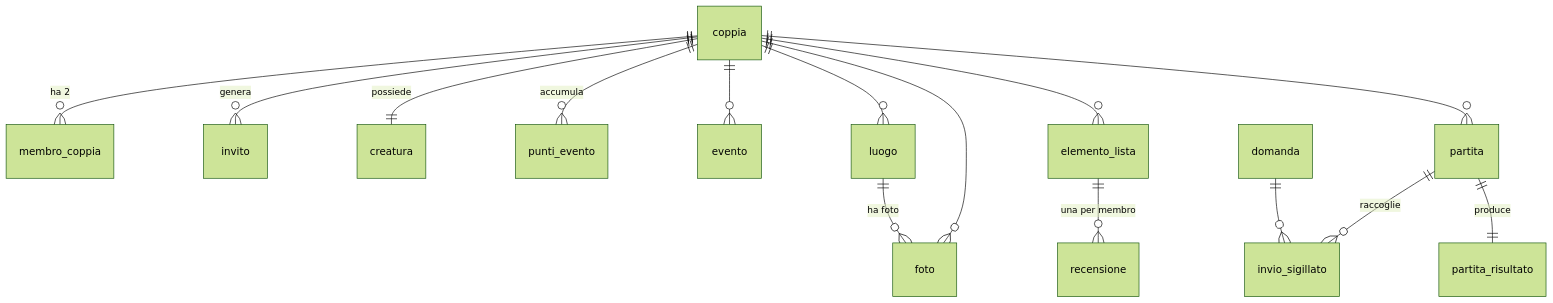
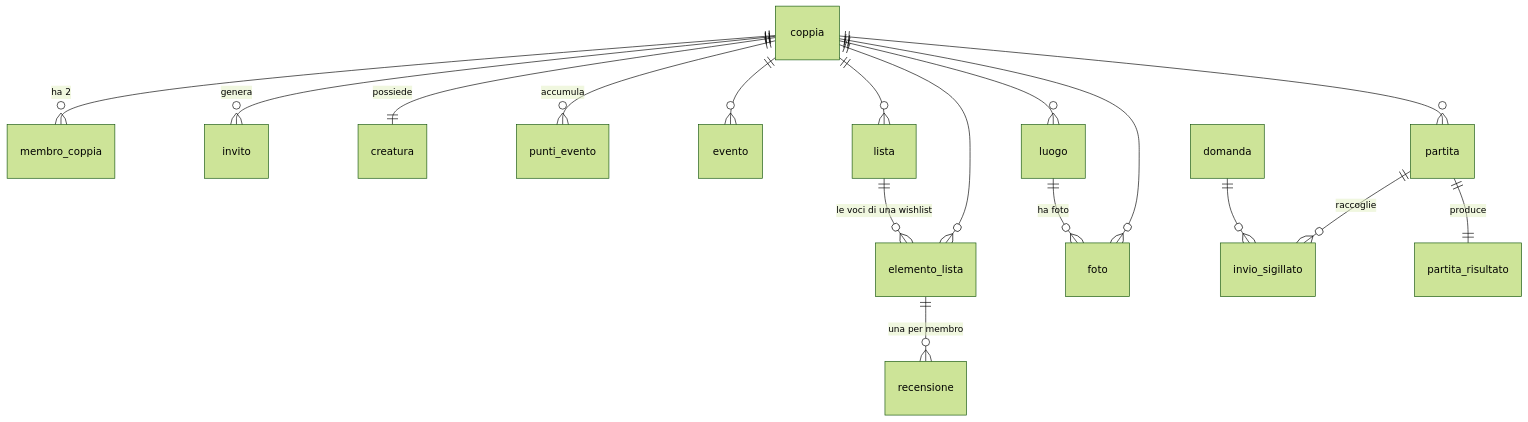
Before and after one commit to samuelebusato/LifeCouple: the diagram in docs/Architecture.md, drawn with Mermaid (forest theme). The commit also changed other lines of this file and 22 other files, not shown here.

````diff
--- a/docs/Architecture.md
+++ b/docs/Architecture.md
@@ -114,17 +114,19 @@
 ```mermaid
 erDiagram
     coppia ||--o{ membro_coppia : "ha 2"
     coppia ||--o{ invito : genera
     coppia ||--|| creatura : possiede
     coppia ||--o{ punti_evento : accumula
     coppia ||--o{ evento : ""
     coppia ||--o{ luogo : ""
+    coppia ||--o{ lista : ""
     coppia ||--o{ elemento_lista : ""
     coppia ||--o{ foto : ""
     coppia ||--o{ partita : ""
     luogo  ||--o{ foto : "ha foto"
+    lista ||--o{ elemento_lista : "le voci di una wishlist"
     elemento_lista ||--o{ recensione : "una per membro"
     partita ||--o{ invio_sigillato : raccoglie
     partita ||--|| partita_risultato : produce
     domanda ||--o{ invio_sigillato : ""
 ```
````
